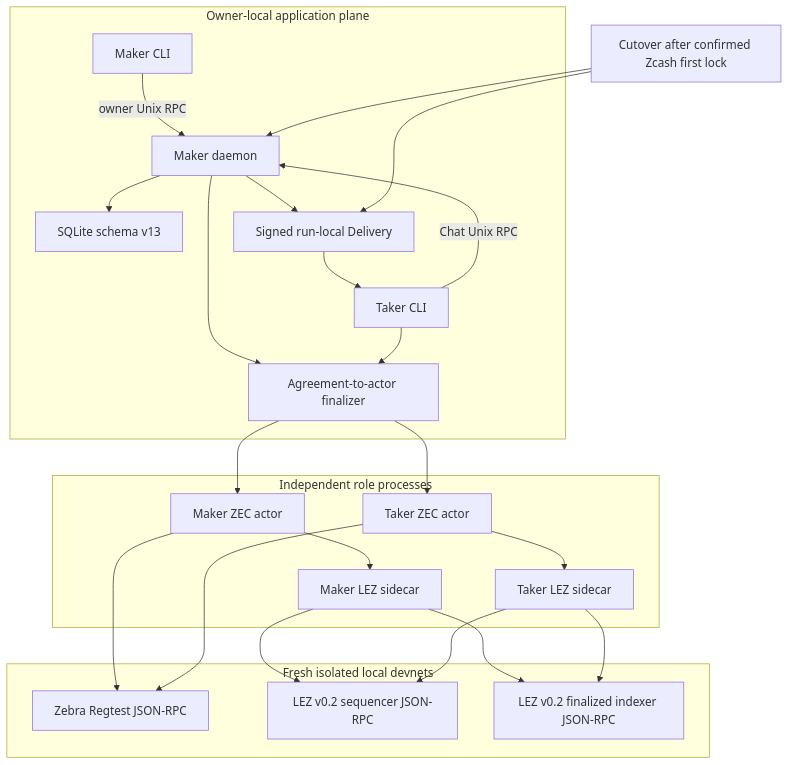
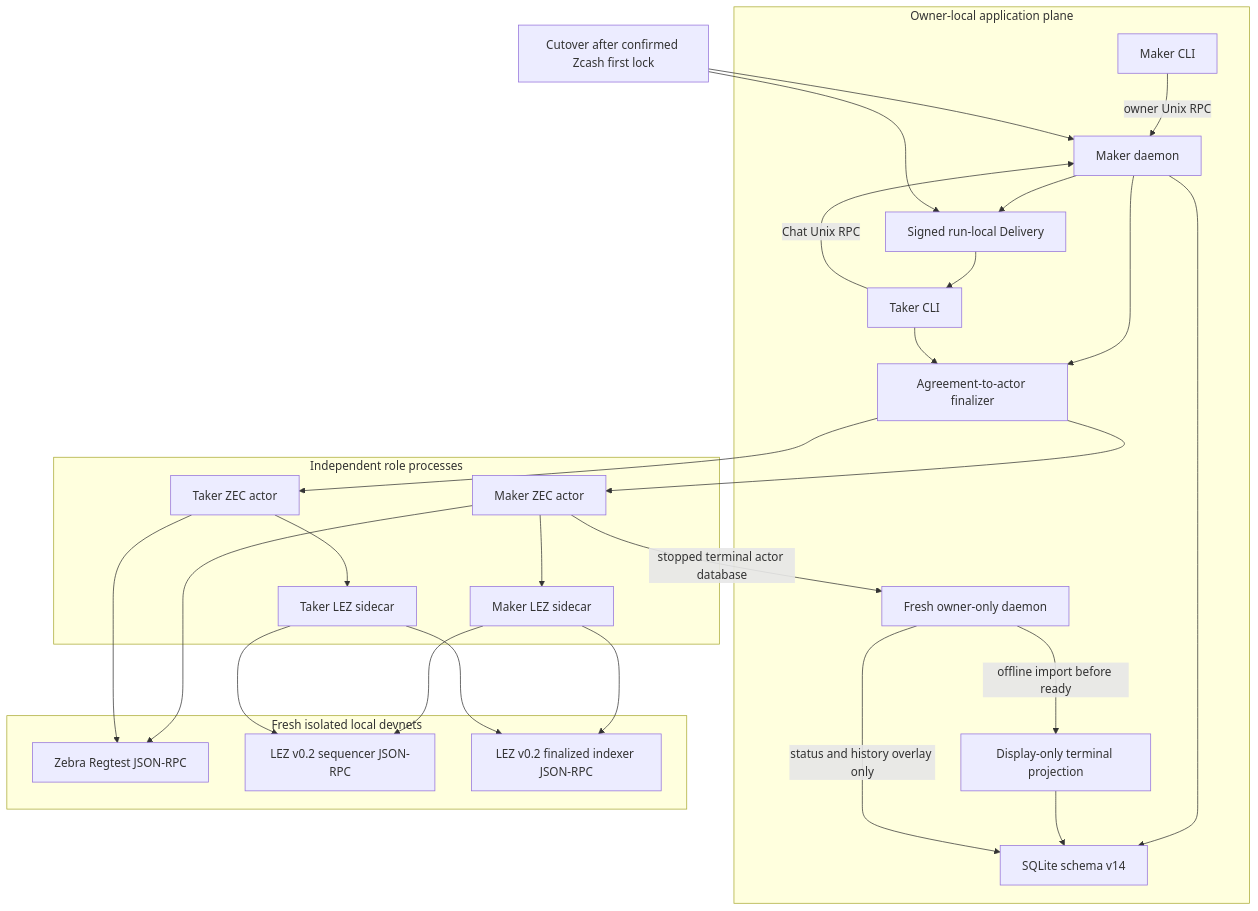
Before and after one commit to gateway-fm/lez-atomic-swaps: the seventh of 16 diagrams in docs/architecture/deployment-components-and-rpcs.md, drawn with Mermaid. The commit also changed other lines of this file and 18 other files, not shown here.

Commit message:
feat(m5): project terminal actors into operator history

````diff
--- a/docs/architecture/deployment-components-and-rpcs.md
+++ b/docs/architecture/deployment-components-and-rpcs.md
@@ -698,44 +699,50 @@
 ```mermaid
 flowchart TB
     subgraph App[Owner-local application plane]
         MakerCli[Maker CLI]
         Daemon[Maker daemon]
-        Store[SQLite schema v13]
+        Store[SQLite schema v14]
+        TerminalView[Display-only terminal projection]
+        TerminalDaemon[Fresh owner-only daemon]
         Delivery[Signed run-local Delivery]
         TakerCli[Taker CLI]
         Finalizer[Agreement-to-actor finalizer]
         MakerCli -->|owner Unix RPC| Daemon
         Daemon --> Store
         Daemon --> Delivery
         Delivery --> TakerCli
         TakerCli -->|Chat Unix RPC| Daemon
         Daemon --> Finalizer
         TakerCli --> Finalizer
+        TerminalDaemon -->|offline import before ready| TerminalView
+        TerminalView --> Store
+        TerminalDaemon -->|status and history overlay only| Store
     end
 
     subgraph Roles[Independent role processes]
         MakerActor[Maker ZEC actor]
         TakerActor[Taker ZEC actor]
         MakerSidecar[Maker LEZ sidecar]
         TakerSidecar[Taker LEZ sidecar]
         Finalizer --> MakerActor
         Finalizer --> TakerActor
         MakerActor --> MakerSidecar
         TakerActor --> TakerSidecar
+        MakerActor -->|stopped terminal actor database| TerminalDaemon
     end
 
     subgraph Nodes[Fresh isolated local devnets]
         Zebra[Zebra Regtest JSON-RPC]
         Sequencer[LEZ v0.2 sequencer JSON-RPC]
         Indexer[LEZ v0.2 finalized indexer JSON-RPC]
     end
 
     MakerActor --> Zebra
     TakerActor --> Zebra
     MakerSidecar --> Sequencer
     MakerSidecar --> Indexer
     TakerSidecar --> Sequencer
     TakerSidecar --> Indexer
     Cutover[Cutover after confirmed Zcash first lock] --> Daemon
     Cutover --> Delivery
 ```
````
